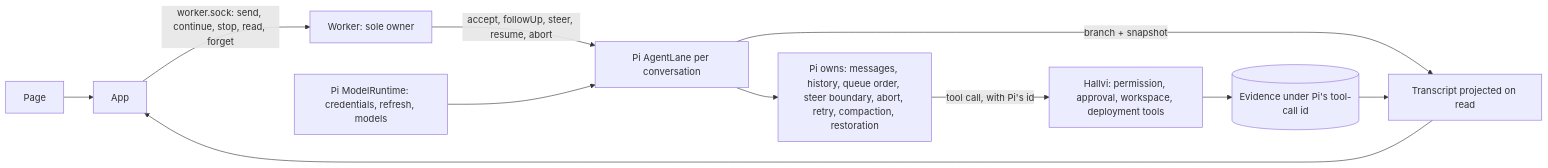
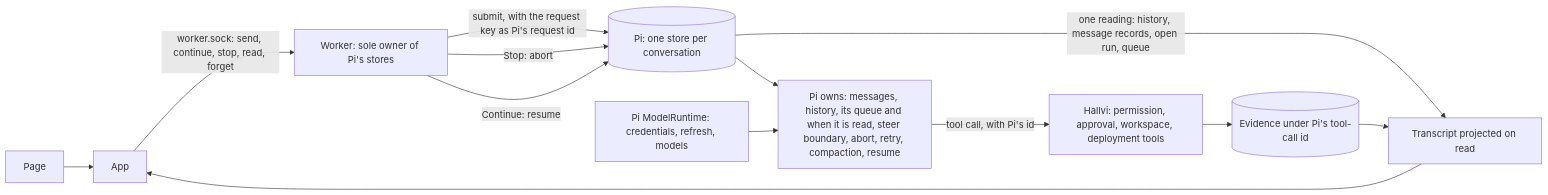
The third of 3 diagrams in docs/architecture/conversation-lifecycle.md (lustoykov/hallvi), drawn with Mermaid before and after one commit. The commit also changed other lines of this file and 11 other files, not shown here.

````diff
--- a/docs/architecture/conversation-lifecycle.md
+++ b/docs/architecture/conversation-lifecycle.md
@@ -37,12 +37,14 @@
 ```mermaid
 flowchart LR
   Page[Page] --> App[App]
-  App -->|worker.sock: send, continue, stop, read, forget| Worker[Worker: sole owner]
-  Worker -->|accept, followUp, steer, resume, abort| Lane[Pi AgentLane per conversation]
-  Lane --> Pi[Pi owns: messages, history, queue order, steer boundary, abort, retry, compaction, restoration]
+  App -->|worker.sock: send, continue, stop, read, forget| Worker[Worker: sole owner of Pi's stores]
+  Worker -->|submit, with the request key as Pi's request id| Store[(Pi: one store per conversation)]
+  Worker -->|Stop: abort| Store
+  Worker -->|Continue: resume| Store
+  Store --> Pi[Pi owns: messages, history, its queue and when it is read, steer boundary, abort, retry, compaction, resume]
   Pi -->|tool call, with Pi's id| Tools[Hallvi: permission, approval, workspace, deployment tools]
   Tools --> Evidence[(Evidence under Pi's tool-call id)]
-  Lane -->|branch + snapshot| Read[Transcript projected on read]
+  Store -->|one reading: history, message records, open run, queue| Read[Transcript projected on read]
   Evidence --> Read --> App
-  Runtime[Pi ModelRuntime: credentials, refresh, models] --> Lane
+  Runtime[Pi ModelRuntime: credentials, refresh, models] --> Pi
 ```
````
